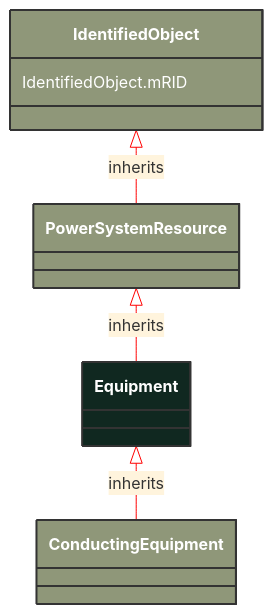
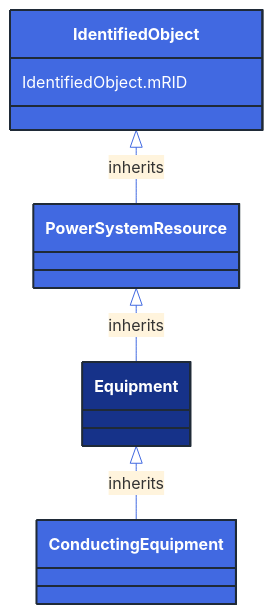
One commit to 3lbits/NoCIMExtensions changed the diagram in docs/Models/Profiles/ShortCircuit/AbstractClasses/Equipment.md. Above: the diagram before and after it, drawn with Mermaid. The commit also changed 362 other files, not shown here.

First line of the commit message:
Update diagrams and styles for improved visual consistency

````diff
--- a/docs/Models/Profiles/ShortCircuit/AbstractClasses/Equipment.md
+++ b/docs/Models/Profiles/ShortCircuit/AbstractClasses/Equipment.md
@@ -10,25 +10,25 @@
 ```mermaid
-%%{init: {'theme':'base','themeVariables': {'lineColor': '#FF0000'}}}%%
+%%{init: {'theme':'base','themeVariables': {'lineColor': '#4169E1'}}}%%
 classDiagram
     class Equipment
     click Equipment href "/Models/Profiles/ShortCircuit/AbstractClasses/Equipment/"
-    style Equipment fill:#102820,stroke:#333,stroke-width:2px,rx:10,ry:10,color:white
+    style Equipment fill:#163289,stroke:#1F2A37,stroke-width:2px,rx:10,ry:10,color:white
 
         Equipment <|-- ConductingEquipment : inherits
 
         ConductingEquipment
             click ConductingEquipment href "/Models/Profiles/ShortCircuit/AbstractClasses/ConductingEquipment/"
-            style ConductingEquipment fill:#8F9779,stroke:#333,stroke-width:2px,rx:10,ry:10,color:white
+            style ConductingEquipment fill:#4169E1,stroke:#1F2A37,stroke-width:2px,rx:10,ry:10,color:white
      
         PowerSystemResource <|-- Equipment : inherits
             click PowerSystemResource href "/Models/Profiles/ShortCircuit/AbstractClasses/PowerSystemResource/"
-            style PowerSystemResource fill:#8F9779,stroke:#333,stroke-width:2px,rx:10,ry:10,color:white
+            style PowerSystemResource fill:#4169E1,stroke:#1F2A37,stroke-width:2px,rx:10,ry:10,color:white
      
         IdentifiedObject <|-- PowerSystemResource : inherits
             click IdentifiedObject href "/Models/Profiles/ShortCircuit/AbstractClasses/IdentifiedObject/"
-            style IdentifiedObject fill:#8F9779,stroke:#333,stroke-width:2px,rx:10,ry:10,color:white
+            style IdentifiedObject fill:#4169E1,stroke:#1F2A37,stroke-width:2px,rx:10,ry:10,color:white
 
 
 
         IdentifiedObject : IdentifiedObject.mRID
 ```
````
